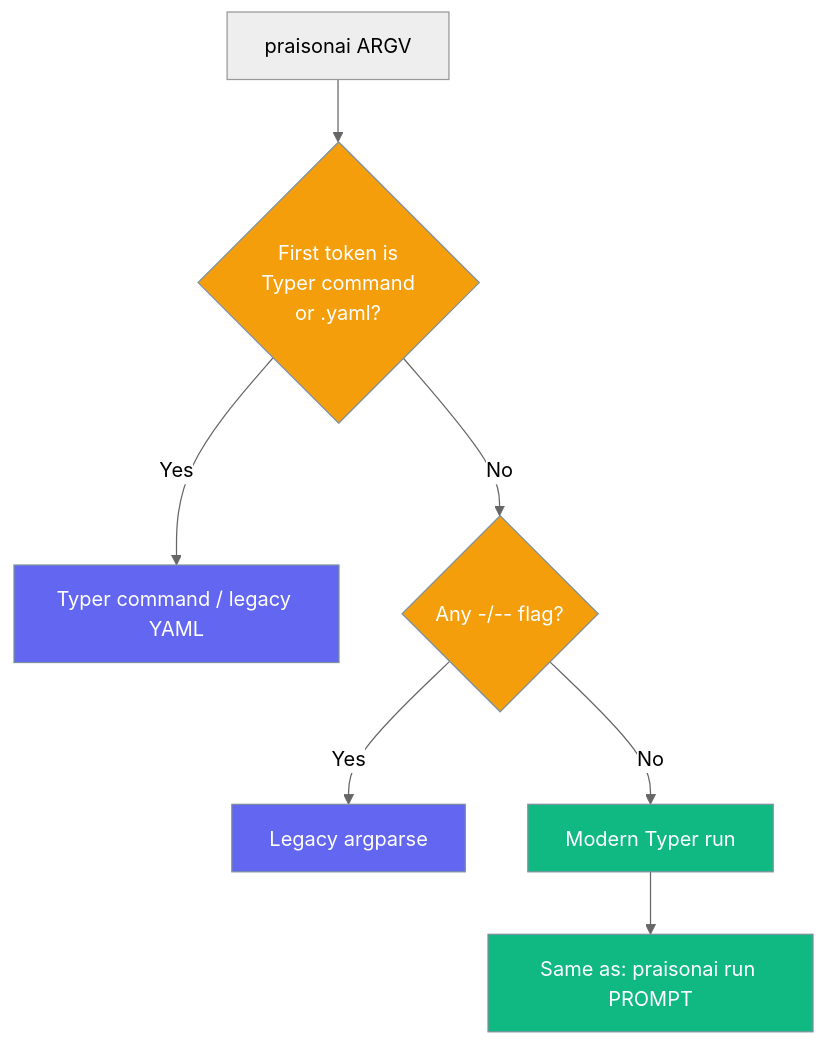
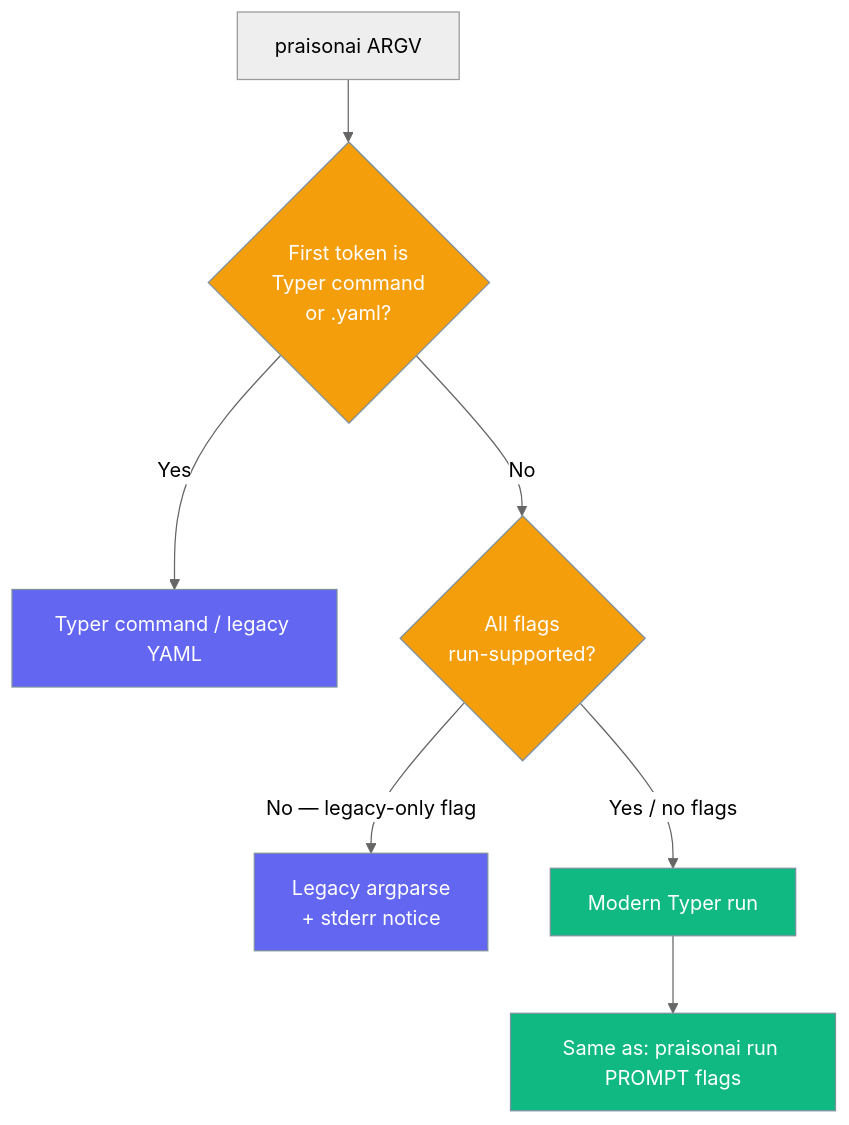
One commit to MervinPraison/PraisonAIDocs changed the first of 11 diagrams in docs/cli/run.mdx. Above: the diagram before and after it, drawn with Mermaid (neutral theme). The commit also changed other lines of this file and 3 other files, not shown here.

First line of the commit message:
docs: bare prompts with run-supported flags reach the modern engine (fixes #2454)

````diff
--- a/docs/cli/run.mdx
+++ b/docs/cli/run.mdx
@@ -54,17 +57,17 @@
 ```mermaid
 graph TB
     A[praisonai ARGV] --> B{First token is<br/>Typer command<br/>or .yaml?}
     B -->|Yes| C[Typer command / legacy YAML]
-    B -->|No| D{Any -/-- flag?}
-    D -->|Yes| E[Legacy argparse]
-    D -->|No| F[Modern Typer run]
-    F --> G[Same as: praisonai run PROMPT]
+    B -->|No| D{All flags<br/>run-supported?}
+    D -->|No — legacy-only flag| E[Legacy argparse<br/>+ stderr notice]
+    D -->|Yes / no flags| F[Modern Typer run]
+    F --> G[Same as: praisonai run PROMPT flags]
 
     classDef decision fill:#F59E0B,stroke:#7C90A0,color:#fff
     classDef legacy fill:#6366F1,stroke:#7C90A0,color:#fff
     classDef modern fill:#10B981,stroke:#7C90A0,color:#fff
 
     class B,D decision
     class C,E legacy
     class F,G modern
 ```
````
